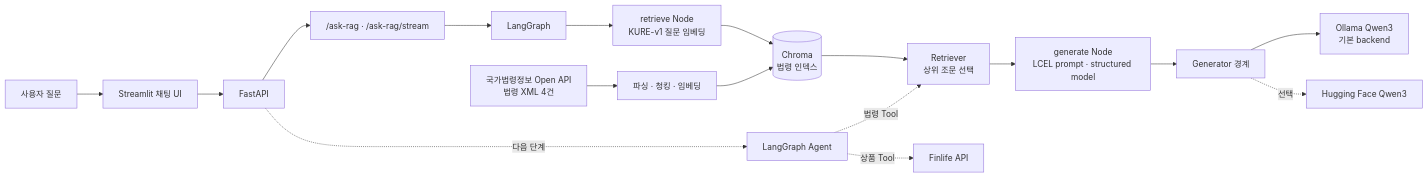
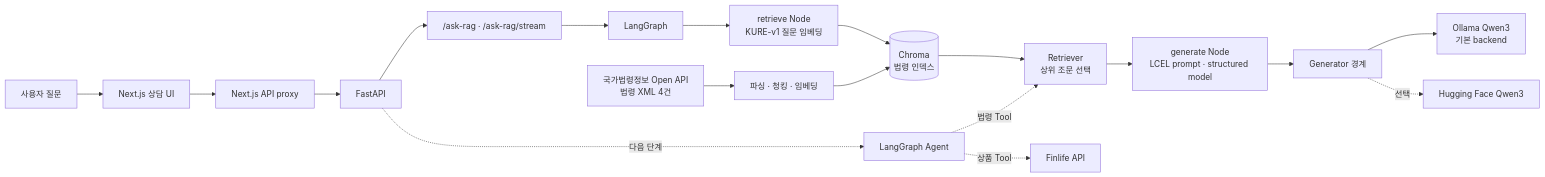
One commit to SWHee/korean-chatbot-lab changed the diagram in README.md. Above: the diagram before and after it, drawn with Mermaid. The commit also changed other lines of this file and 5 other files, not shown here.

````diff
--- a/README.md
+++ b/README.md
@@ -27,24 +32,25 @@
 ```mermaid
 flowchart LR
-    U[사용자 질문] --> UI[Streamlit 채팅 UI]
-    UI --> API[FastAPI]
+    U[사용자 질문] --> UI[Next.js 상담 UI]
+    UI --> PX[Next.js API proxy]
+    PX --> API[FastAPI]
 
     API --> R["/ask-rag · /ask-rag/stream"]
     R --> LG[LangGraph]
     LG --> E[retrieve Node<br/>KURE-v1 질문 임베딩]
     E --> V[(Chroma<br/>법령 인덱스)]
     V --> T[Retriever<br/>상위 조문 선택]
     T --> L[generate Node<br/>LCEL prompt · structured model]
     L --> G
 
     G[Generator 경계]
     G --> O[Ollama Qwen3<br/>기본 backend]
     G -. 선택 .-> H[Hugging Face Qwen3]
 
     X[국가법령정보 Open API<br/>법령 XML 4건] --> P[파싱 · 청킹 · 임베딩]
     P --> V
 
     API -. 다음 단계 .-> A[LangGraph Agent]
     A -. 법령 Tool .-> T
     A -. 상품 Tool .-> F[Finlife API]
 ```
````
